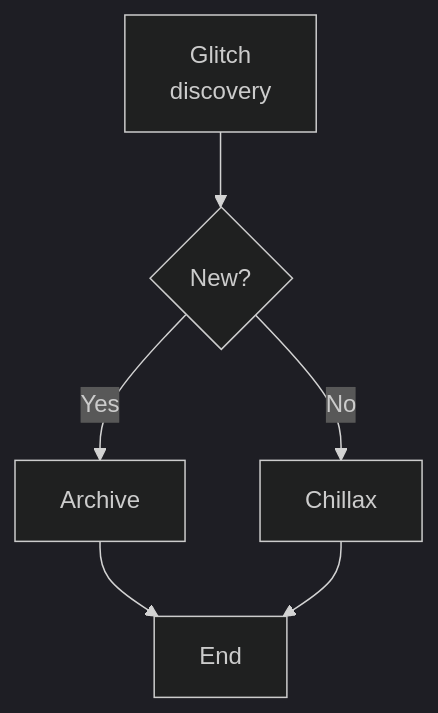
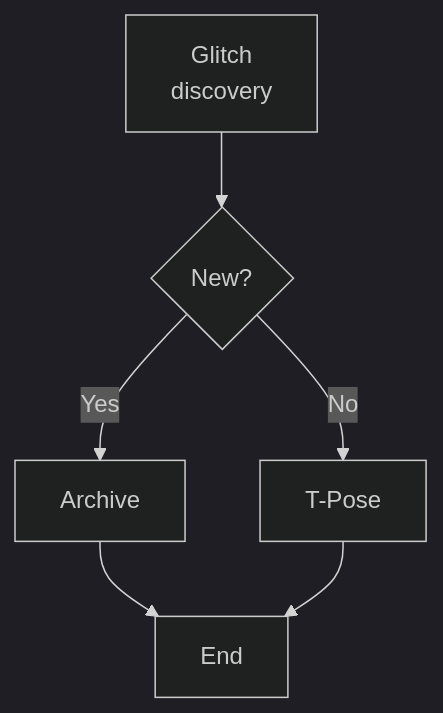
The first of 7 diagrams in docs/wiki/guide.md (BKMzero/ultrabroken-documentation), drawn with Mermaid (dark theme) before and after one commit.

Commit message:
guide.md update
(fix)matched the mermaid flowchart example with the syntax demonstration

````diff
--- a/docs/wiki/guide.md
+++ b/docs/wiki/guide.md
@@ -541,8 +541,8 @@
 ```mermaid
 graph TD
     A["Glitch<br/>discovery"] --> B{New?}
     B -->|Yes| C[Archive]
-    B -->|No| D[Chillax]
+    B -->|No| D[T-Pose]
     C --> E[End]
     D --> E
 ```
````
